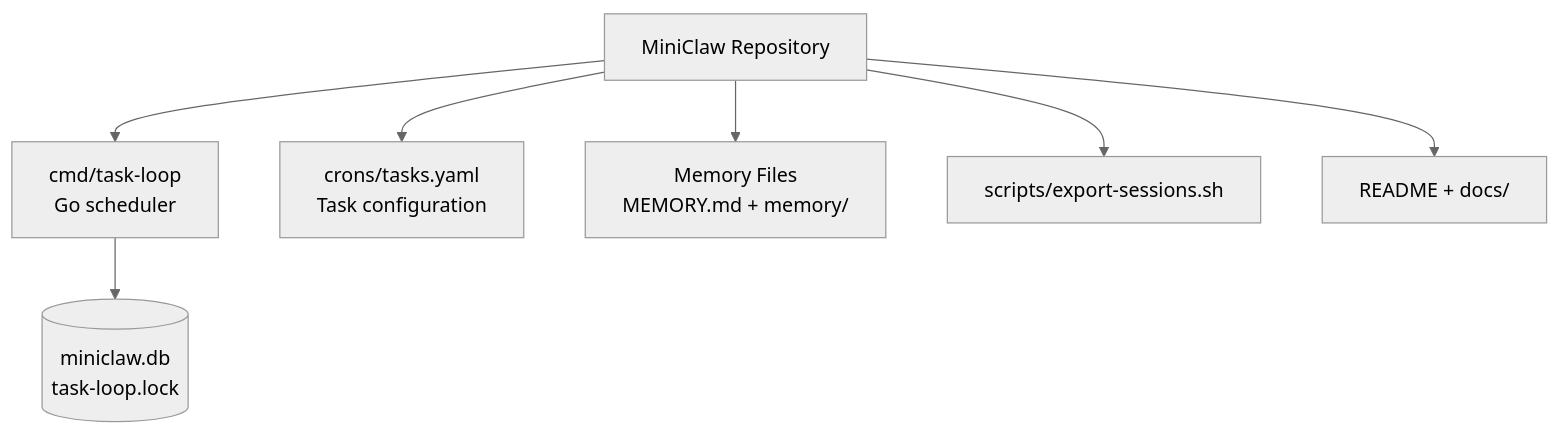
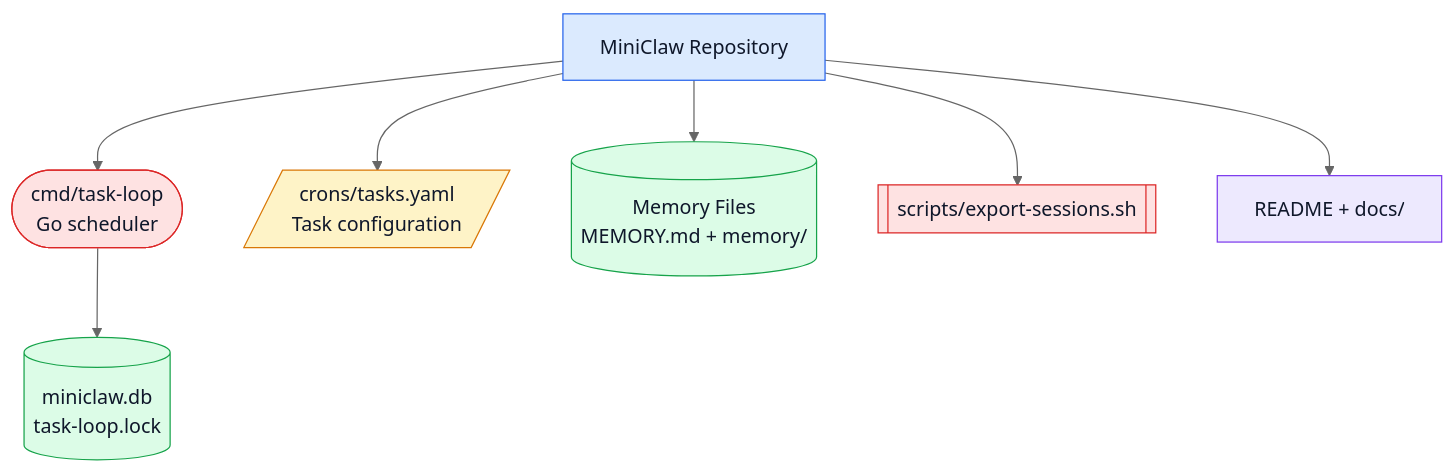
One commit to vii33/CodebaseExlorer changed the first of 4 diagrams in examples/agentscheduler.md. Above: the diagram before and after it, drawn with Mermaid (neutral theme). The commit also changed other lines of this file and 10 other files, not shown here.

````diff
--- a/examples/agentscheduler.md
+++ b/examples/agentscheduler.md
@@ -11,17 +11,29 @@
 ```mermaid
 flowchart TB
   repo[MiniClaw Repository]
-  scheduler[cmd/task-loop<br/>Go scheduler]
-  config[crons/tasks.yaml<br/>Task configuration]
-  memory[Memory Files<br/>MEMORY.md + memory/]
-  scripts[scripts/export-sessions.sh]
+  scheduler([cmd/task-loop<br/>Go scheduler])
+  config[/crons/tasks.yaml<br/>Task configuration/]
+  memory[(Memory Files<br/>MEMORY.md + memory/)]
+  scripts[[scripts/export-sessions.sh]]
   docs[README + docs/]
   runtime[(miniclaw.db<br/>task-loop.lock)]
 
   repo --> scheduler
   repo --> config
   repo --> memory
   repo --> scripts
   repo --> docs
   scheduler --> runtime
+
+  classDef source fill:#dbeafe,stroke:#2563eb,color:#0f172a
+  classDef runtime fill:#dcfce7,stroke:#16a34a,color:#0f172a
+  classDef config fill:#fef3c7,stroke:#d97706,color:#0f172a
+  classDef docs fill:#ede9fe,stroke:#7c3aed,color:#0f172a
+  classDef executable fill:#fee2e2,stroke:#dc2626,color:#0f172a
+
+  class repo source
+  class scheduler,scripts executable
+  class config config
+  class memory,runtime runtime
+  class docs docs
 ```
````
